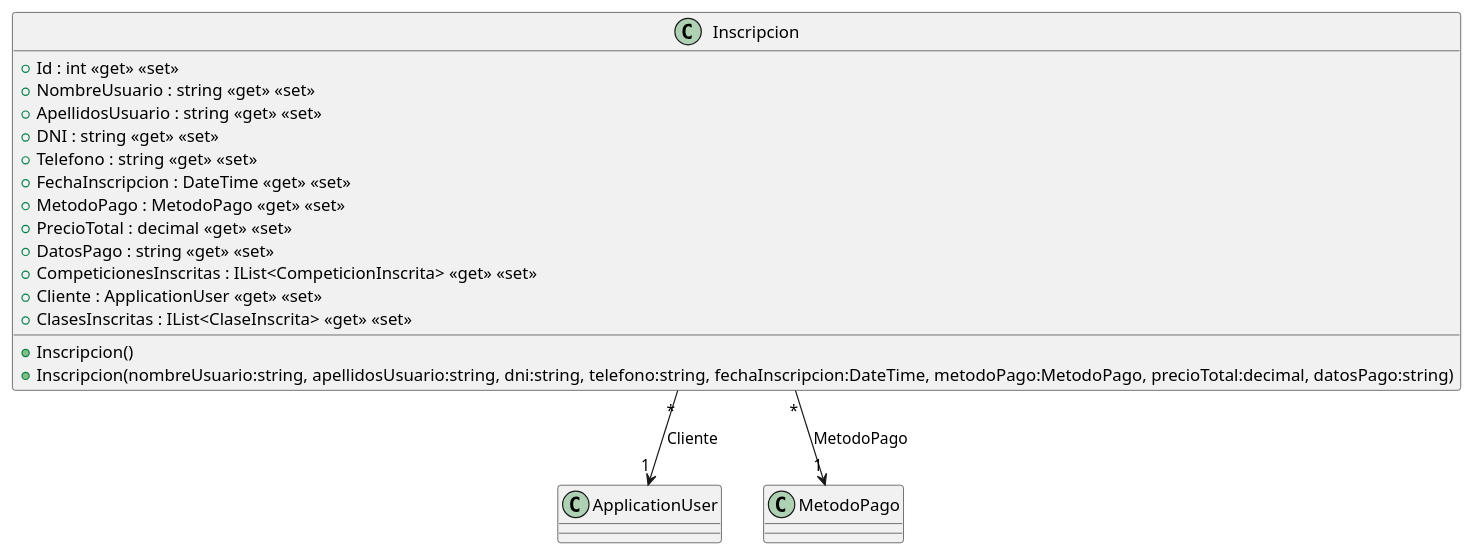
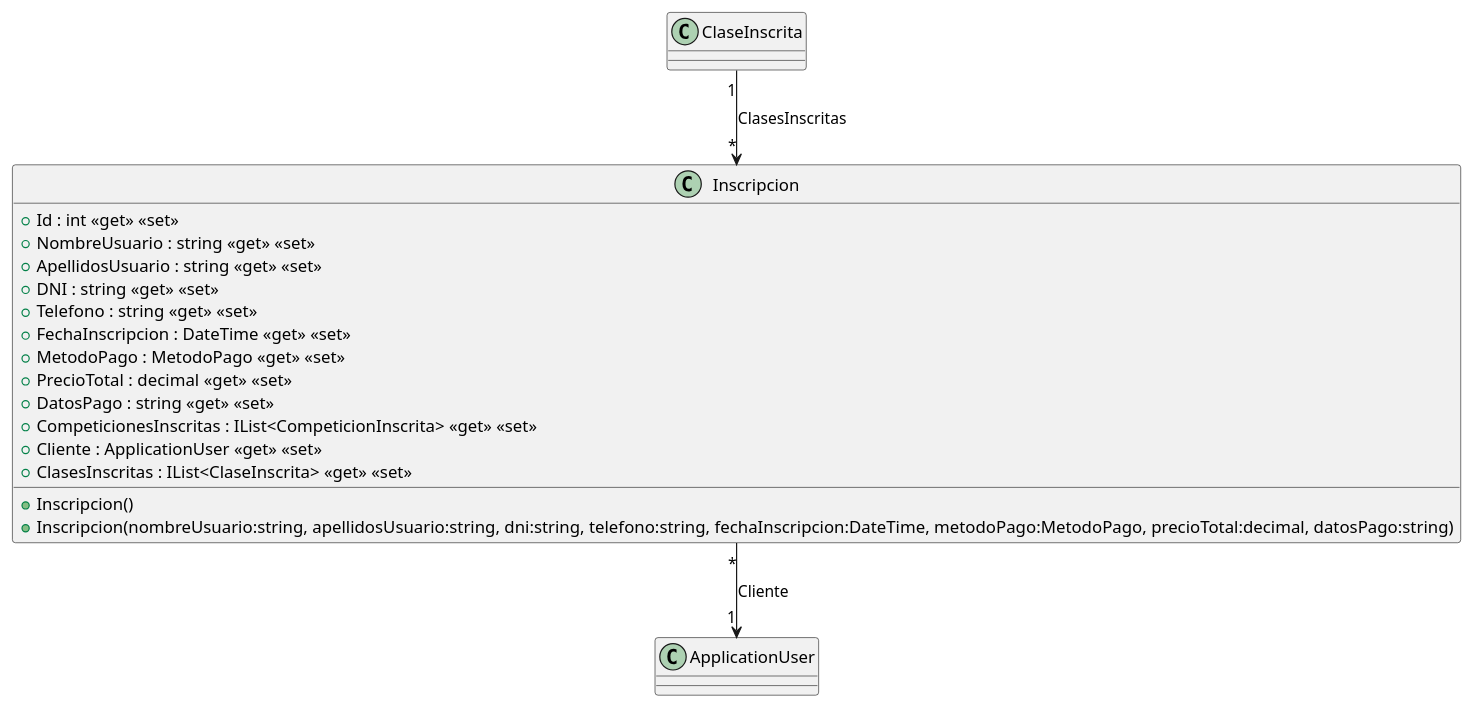
The diagram in src/AppForSEII.API/ClassDiagram/Inscripcion.puml (ISII26-27RJD/ISII2627-RDJ), drawn with PlantUML before and after one commit. The commit also changed 2 other files, not shown here.

Commit message:
relaciones hechas en CU-ClaseDeportiva

```diff
--- a/src/AppForSEII.API/ClassDiagram/Inscripcion.puml
+++ b/src/AppForSEII.API/ClassDiagram/Inscripcion.puml
@@ -1,21 +1,22 @@
 @startuml
 class Inscripcion {
     + Inscripcion()
     + Inscripcion(nombreUsuario:string, apellidosUsuario:string, dni:string, telefono:string, fechaInscripcion:DateTime, metodoPago:MetodoPago, precioTotal:decimal, datosPago:string)
     + Id : int <<get>> <<set>>
     + NombreUsuario : string <<get>> <<set>>
     + ApellidosUsuario : string <<get>> <<set>>
     + DNI : string <<get>> <<set>>
     + Telefono : string <<get>> <<set>>
     + FechaInscripcion : DateTime <<get>> <<set>>
     + MetodoPago : MetodoPago <<get>> <<set>>
     + PrecioTotal : decimal <<get>> <<set>>
     + DatosPago : string <<get>> <<set>>
     + CompeticionesInscritas : IList<CompeticionInscrita> <<get>> <<set>>
     + Cliente : ApplicationUser <<get>> <<set>>
     + ClasesInscritas : IList<ClaseInscrita> <<get>> <<set>>
 }
 
 Inscripcion "*" --> "1" ApplicationUser : Cliente
-Inscripcion "*" --> "1" MetodoPago : MetodoPago
+ClaseInscrita "1" --> "*" Inscripcion : ClasesInscritas
+
 @enduml
```
